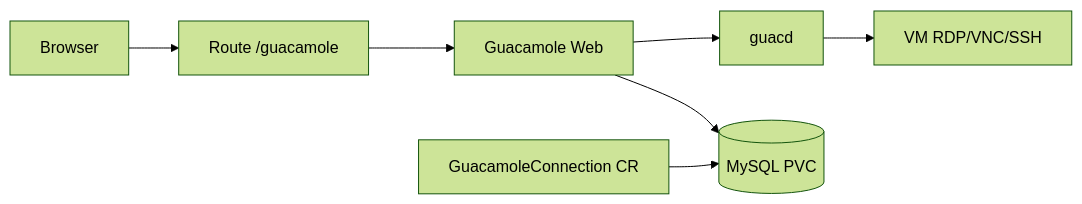
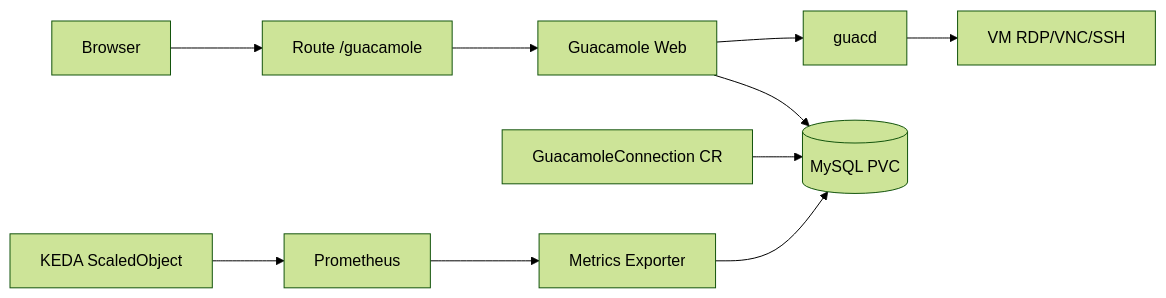
Before and after one commit to raphaelmorsch/guacamole-operator: the diagram in README.md, drawn with Mermaid (forest theme). The commit also changed other lines of this file and 45 other files, not shown here.

First line of the commit message:
Add Prometheus metrics exporter and DesktopPool/DesktopSession CRDs

````diff
--- a/README.md
+++ b/README.md
@@ -30,9 +33,12 @@
 ```mermaid
 flowchart LR
     User[Browser] --> Route["Route /guacamole"]
     Route --> Guac[Guacamole Web]
     Guac --> Guacd[guacd]
     Guac --> MySQL[(MySQL PVC)]
     Guacd --> Target[VM RDP/VNC/SSH]
     ConnCR[GuacamoleConnection CR] --> MySQL
+    Metrics[Metrics Exporter] --> MySQL
+    Prometheus[Prometheus] --> Metrics
+    KEDA[KEDA ScaledObject] --> Prometheus
 ```
````
